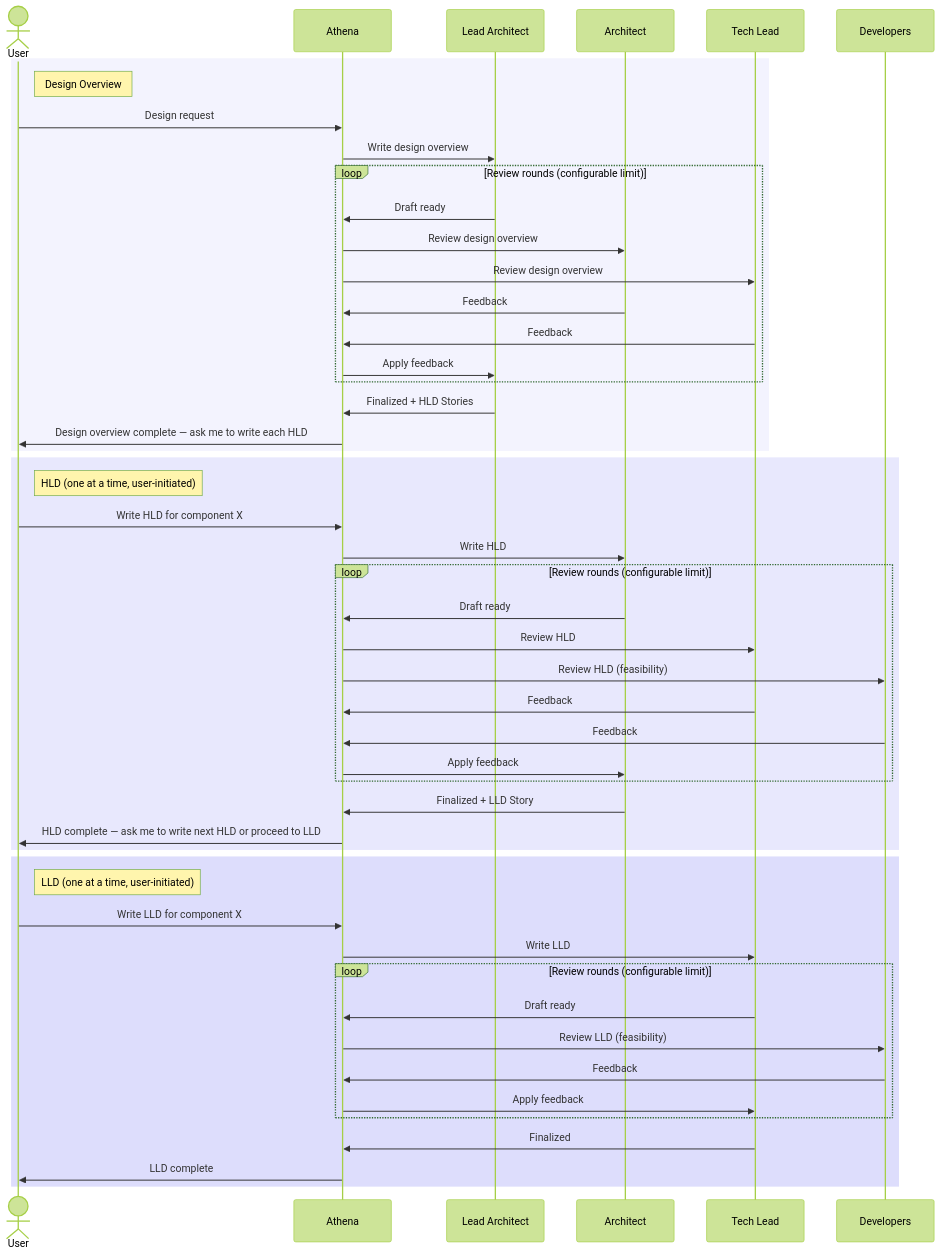
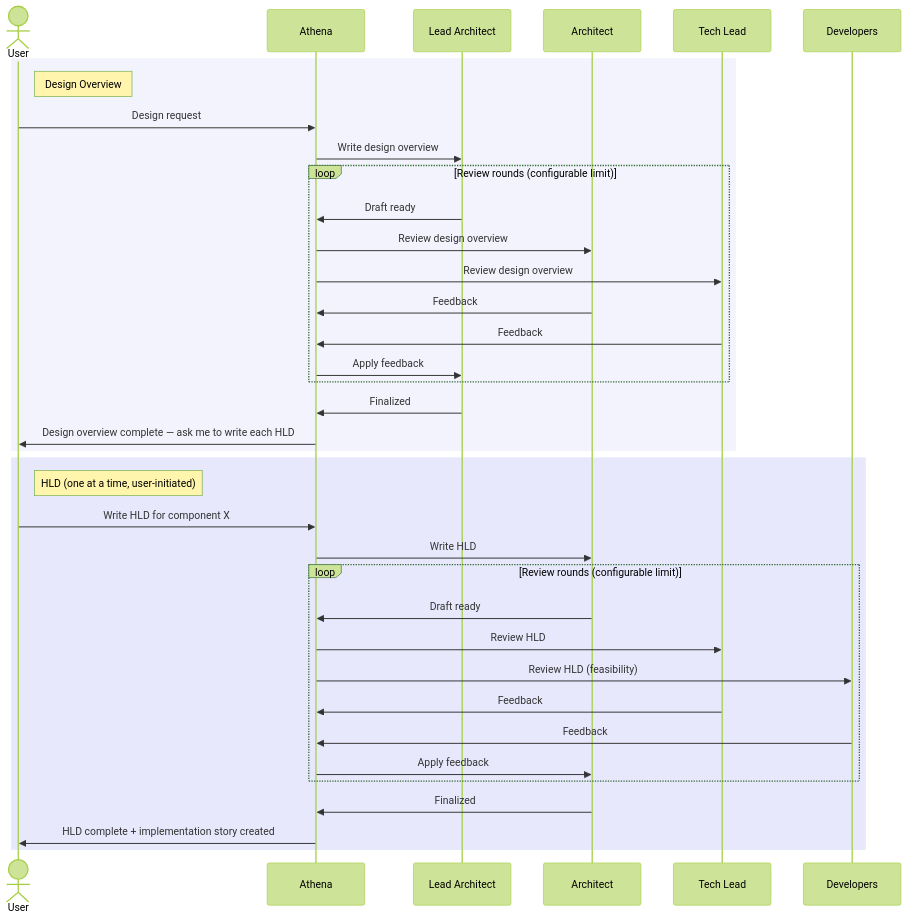
Before and after one commit to dragoscirjan/opencode-config: the fifth of 6 diagrams in README.md, drawn with Mermaid (forest theme). The commit also changed other lines of this file and 78 other files, not shown here.

````diff
--- a/README.md
+++ b/README.md
@@ -169,55 +186,41 @@
 ```mermaid
 sequenceDiagram
     actor User
     participant A as Athena
     participant LA as Lead Architect
     participant Arch as Architect
     participant TL as Tech Lead
     participant Devs as Developers
 
     rect rgb(99, 102, 241, 0.08)
     note right of User: Design Overview
     User->>A: Design request
     A->>LA: Write design overview
     loop Review rounds (configurable limit)
         LA->>A: Draft ready
         A->>Arch: Review design overview
         A->>TL: Review design overview
         Arch->>A: Feedback
         TL->>A: Feedback
         A->>LA: Apply feedback
     end
-    LA->>A: Finalized + HLD Stories
+    LA->>A: Finalized
     A->>User: Design overview complete — ask me to write each HLD
     end
 
     rect rgb(99, 102, 241, 0.15)
     note right of User: HLD (one at a time, user-initiated)
     User->>A: Write HLD for component X
     A->>Arch: Write HLD
     loop Review rounds (configurable limit)
         Arch->>A: Draft ready
         A->>TL: Review HLD
         A->>Devs: Review HLD (feasibility)
         TL->>A: Feedback
         Devs->>A: Feedback
         A->>Arch: Apply feedback
     end
-    Arch->>A: Finalized + LLD Story
-    A->>User: HLD complete — ask me to write next HLD or proceed to LLD
-    end
-
-    rect rgb(99, 102, 241, 0.22)
-    note right of User: LLD (one at a time, user-initiated)
-    User->>A: Write LLD for component X
-    A->>TL: Write LLD
-    loop Review rounds (configurable limit)
-        TL->>A: Draft ready
-        A->>Devs: Review LLD (feasibility)
-        Devs->>A: Feedback
-        A->>TL: Apply feedback
-    end
-    TL->>A: Finalized
-    A->>User: LLD complete
+    Arch->>A: Finalized
+    A->>User: HLD complete + implementation story created
     end
 ```
````
